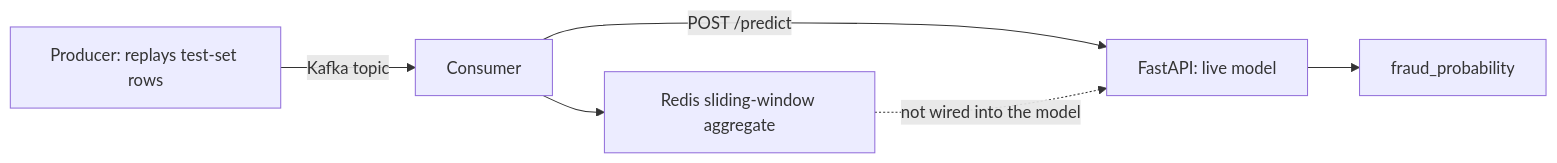
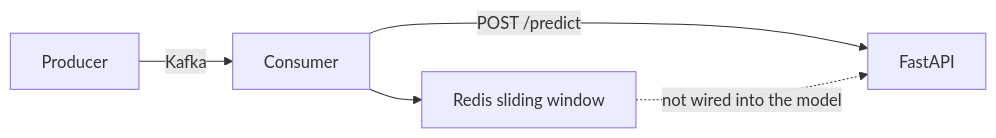
Before and after one commit to Charith-Reddy-Pareddy/Cost-Sensitive-Fraud-Detection-with-Threshold-Optimization: the second of 2 diagrams in README.md, drawn with Mermaid. The commit also changed other lines of this file, not shown here.

````diff
--- a/README.md
+++ b/README.md
@@ -577,8 +173,7 @@
 ```mermaid
 flowchart LR
-    A["Producer: replays test-set rows"] -->|"Kafka topic"| B["Consumer"]
-    B --> C["Redis sliding-window aggregate"]
-    B -->|"POST /predict"| D["FastAPI: live model"]
-    D --> E["fraud_probability"]
+    A["Producer"] -->|"Kafka"| B["Consumer"]
+    B --> C["Redis sliding window"]
+    B -->|"POST /predict"| D["FastAPI"]
     C -. "not wired into the model" .-> D
 ```
````
